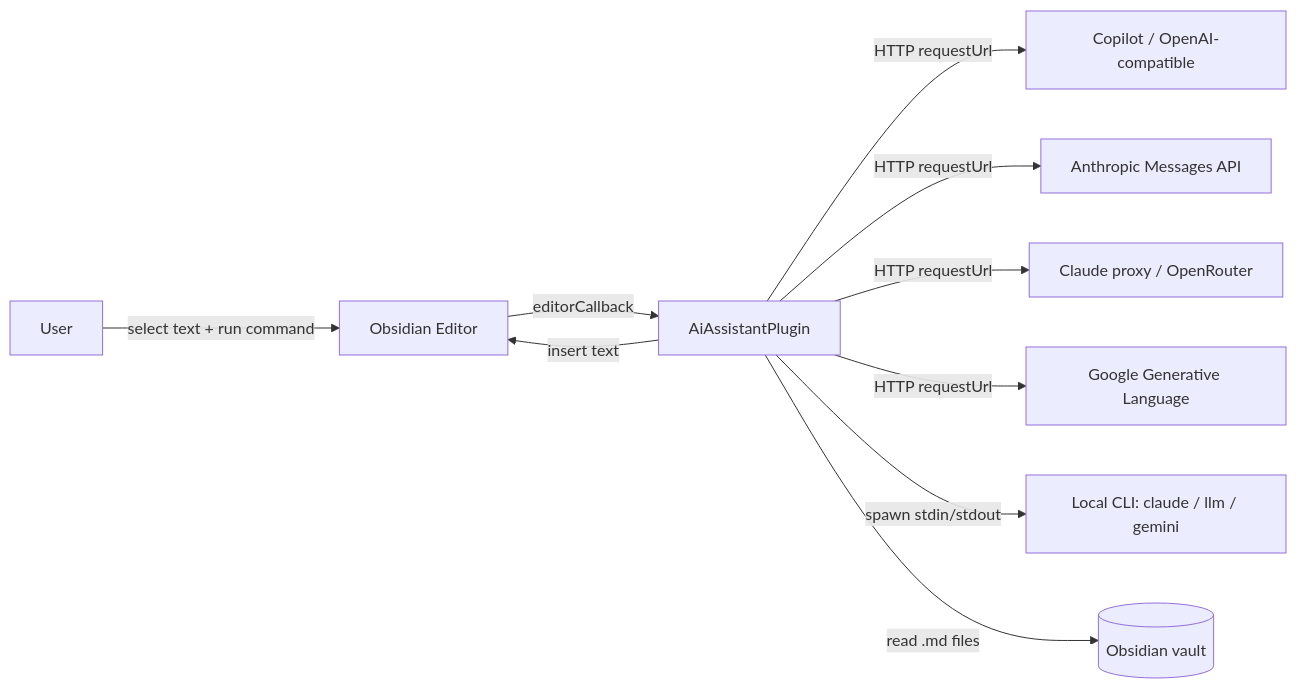
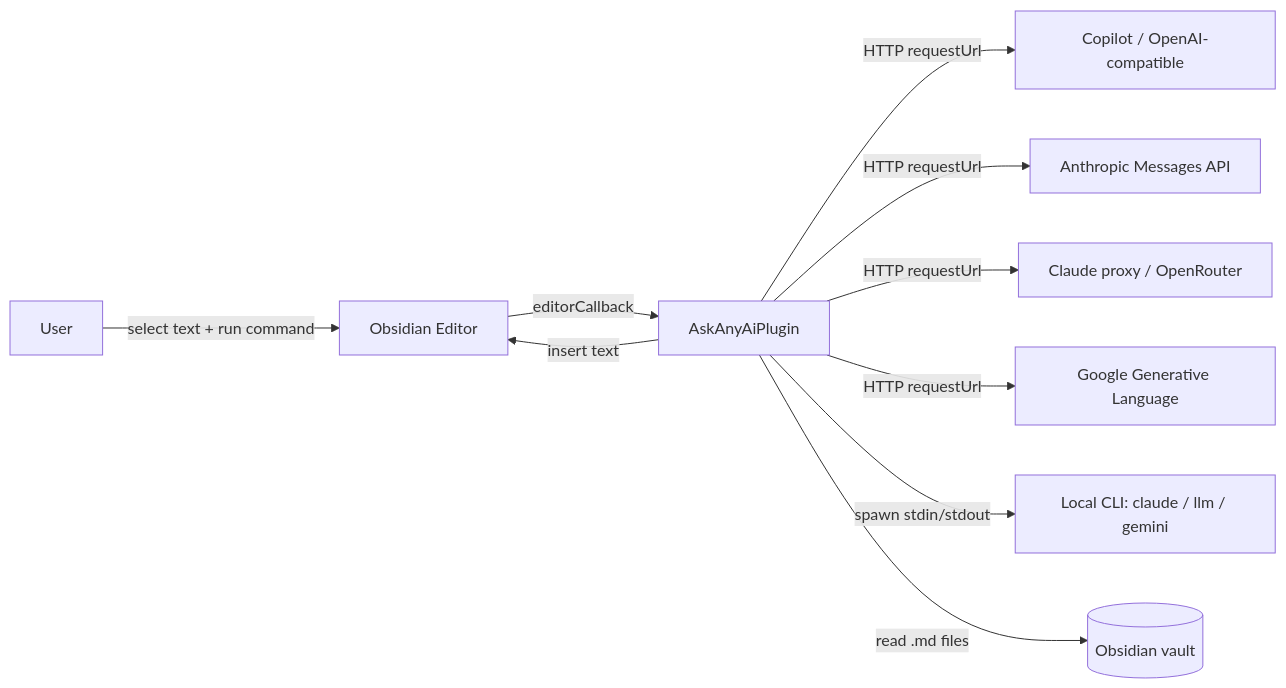
Before and after one commit to ibatura/obsidian-ask-any-ai: the diagram in documentation/01-overview/system-context.md, drawn with Mermaid. The commit also changed 21 other files, not shown here.

Commit message:
refactor: rename plugin classes and types from AiAssistant to AskAnyAi to align with project branding

````diff
--- a/documentation/01-overview/system-context.md
+++ b/documentation/01-overview/system-context.md
@@ -11,12 +11,12 @@
 ```mermaid
 graph LR
   User -->|select text + run command| Obsidian[Obsidian Editor]
-  Obsidian -->|editorCallback| Plugin[AiAssistantPlugin]
+  Obsidian -->|editorCallback| Plugin[AskAnyAiPlugin]
   Plugin -->|HTTP requestUrl| Copilot[Copilot / OpenAI-compatible]
   Plugin -->|HTTP requestUrl| Claude[Anthropic Messages API]
   Plugin -->|HTTP requestUrl| ClaudeProxy[Claude proxy / OpenRouter]
   Plugin -->|HTTP requestUrl| Gemini[Google Generative Language]
   Plugin -->|spawn stdin/stdout| CLI[Local CLI: claude / llm / gemini]
   Plugin -->|read .md files| Vault[(Obsidian vault)]
   Plugin -->|insert text| Obsidian
 ```
````
